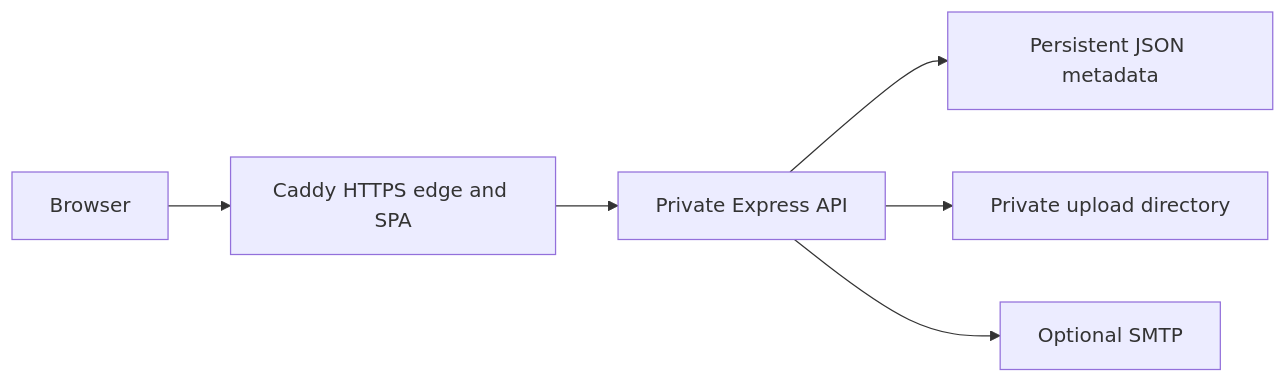
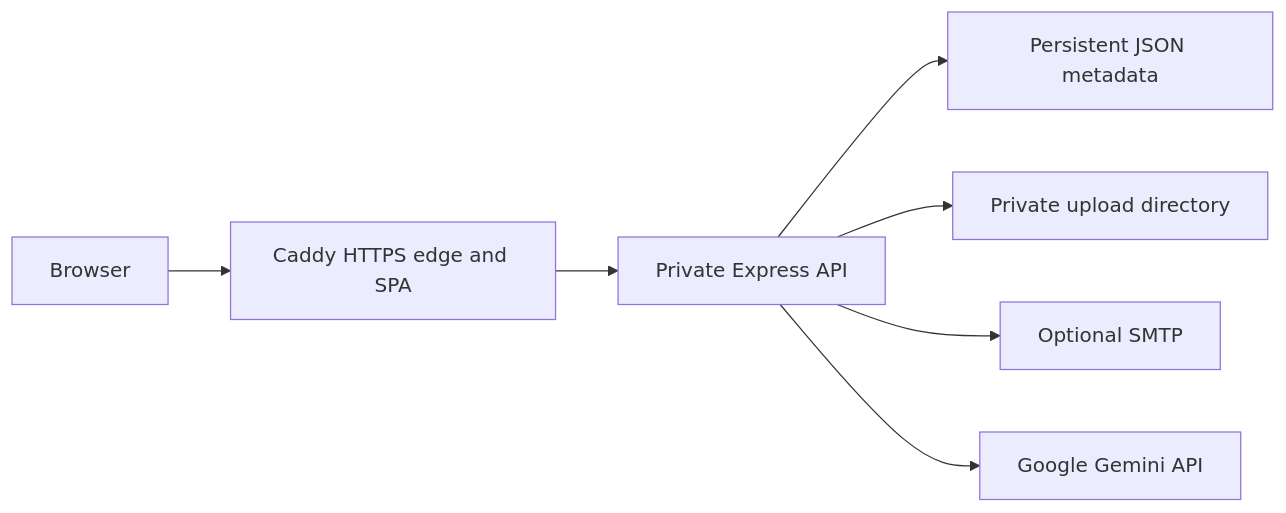
Before and after one commit to m3rooted/my-drivev2: the diagram in my-drivev2-threat-model.md, drawn with Mermaid. The commit also changed other lines of this file and 18 other files, not shown here.

````diff
--- a/my-drivev2-threat-model.md
+++ b/my-drivev2-threat-model.md
@@ -42,8 +44,9 @@
 ```mermaid
 flowchart LR
   Browser["Browser"] --> Caddy["Caddy HTTPS edge and SPA"]
   Caddy --> Api["Private Express API"]
   Api --> Store["Persistent JSON metadata"]
   Api --> Uploads["Private upload directory"]
   Api --> Mail["Optional SMTP"]
+  Api --> Gemini["Google Gemini API"]
 ```
````
